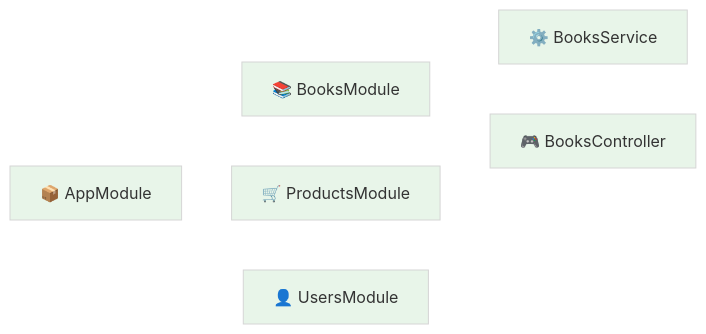
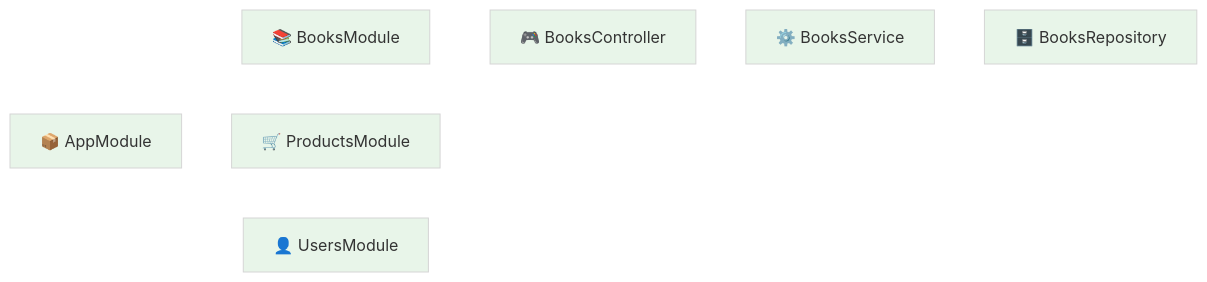
Before and after one commit to alvianzf/introduction-to-nest: the first of 5 diagrams in CODEBASE_ANALYSIS.md, drawn with Mermaid. The commit also changed other lines of this file, not shown here.

Commit message:
Update architecture docs: Include Repository in Modular Architecture and Separation of Concerns

````diff
--- a/CODEBASE_ANALYSIS.md
+++ b/CODEBASE_ANALYSIS.md
@@ -10,12 +10,13 @@
 ```mermaid
 %%{init: {'theme': 'base', 'themeVariables': { 'primaryColor': '#e8f5e9', 'edgeColor': '#ffffff', 'tertiaryColor': '#fff3e0', 'lineColor': '#ffffff'}}}%%
 graph LR
     AppModule["📦 AppModule"] --> BooksModule["📚 BooksModule"]
     AppModule --> ProductsModule["🛒 ProductsModule"]
     AppModule --> UsersModule["👤 UsersModule"]
     
-    BooksModule --> BooksService["⚙️ BooksService"]
     BooksModule --> BooksController["🎮 BooksController"]
+    BooksController --> BooksService["⚙️ BooksService"]
+    BooksService --> BooksRepository["🗄️ BooksRepository"]
 
     linkStyle default stroke:#ffffff,stroke-width:2px
 ```
````
